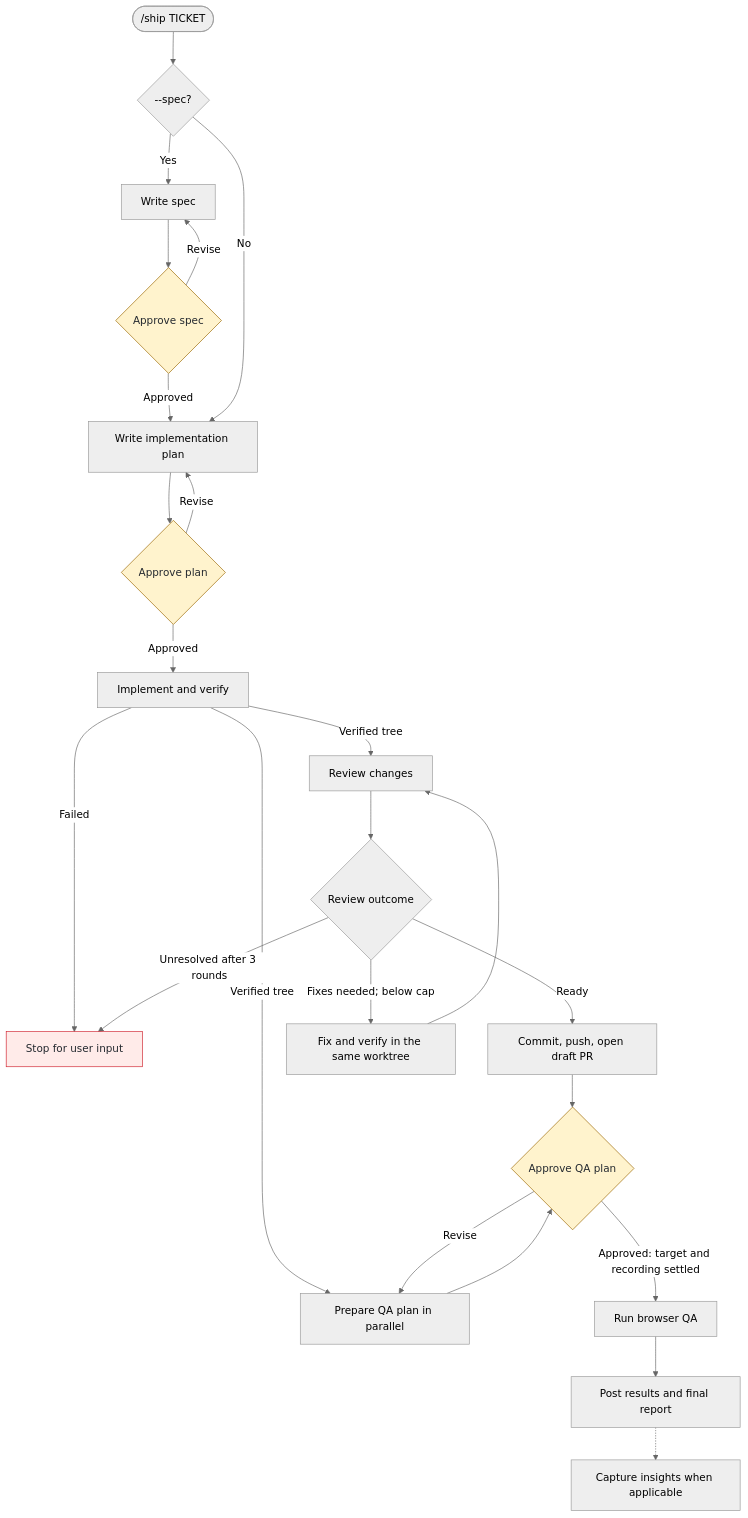
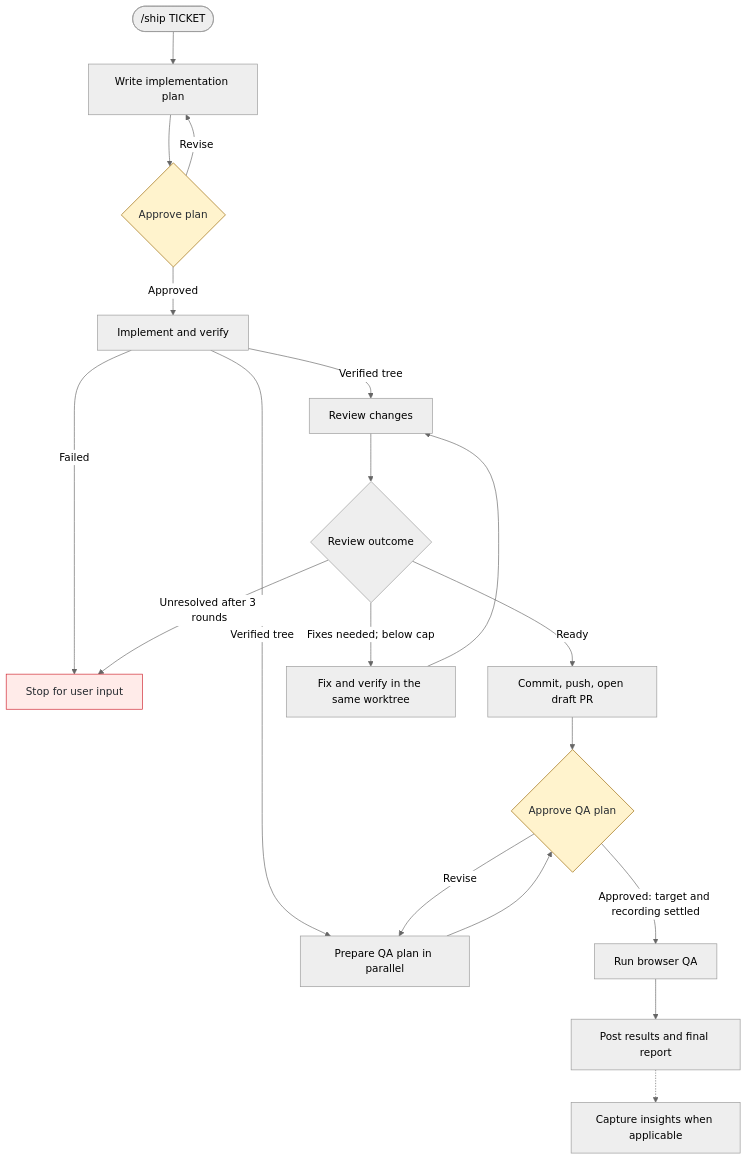
The diagram in README.md (eugenegodun/ship), drawn with Mermaid (neutral theme) before and after one commit. The commit also changed other lines of this file and 69 other files, not shown here.

Commit message:
Remove optional spec stage from ship

````diff
--- a/README.md
+++ b/README.md
@@ -23,35 +22,30 @@
 ```mermaid
 flowchart TD
-    Start(["/ship TICKET"]) --> Optional{"--spec?"}
-    Optional -->|Yes| Spec["Write spec"]
-    Spec --> SG{"Approve spec"}
-    SG -->|Revise| Spec
-    SG -->|Approved| Plan["Write implementation plan"]
-    Optional -->|No| Plan
+    Start(["/ship TICKET"]) --> Plan["Write implementation plan"]
 
     Plan --> PG{"Approve plan"}
     PG -->|Revise| Plan
     PG -->|Approved| Implement["Implement and verify"]
 
     Implement -->|Verified tree| Review["Review changes"]
     Implement -->|Verified tree| QAPlan["Prepare QA plan in parallel"]
     Implement -->|Failed| Halt["Stop for user input"]
 
     Review --> Verdict{"Review outcome"}
     Verdict -->|Ready| PR["Commit, push, open draft PR"]
     Verdict -->|Fixes needed; below cap| Fix["Fix and verify in the same worktree"]
     Fix --> Review
     Verdict -->|Unresolved after 3 rounds| Halt
 
     PR --> QG{"Approve QA plan"}
     QAPlan --> QG
     QG -->|Revise| QAPlan
     QG -->|Approved: target and recording settled| QA["Run browser QA"]
     QA --> Results["Post results and final report"]
     Results -.-> Insights["Capture insights when applicable"]
 
     classDef approval fill:#fff3cd,stroke:#9a6700,color:#24292f
     classDef stop fill:#ffebe9,stroke:#cf222e,color:#24292f
-    class SG,PG,QG approval
+    class PG,QG approval
     class Halt stop
 ```
````
